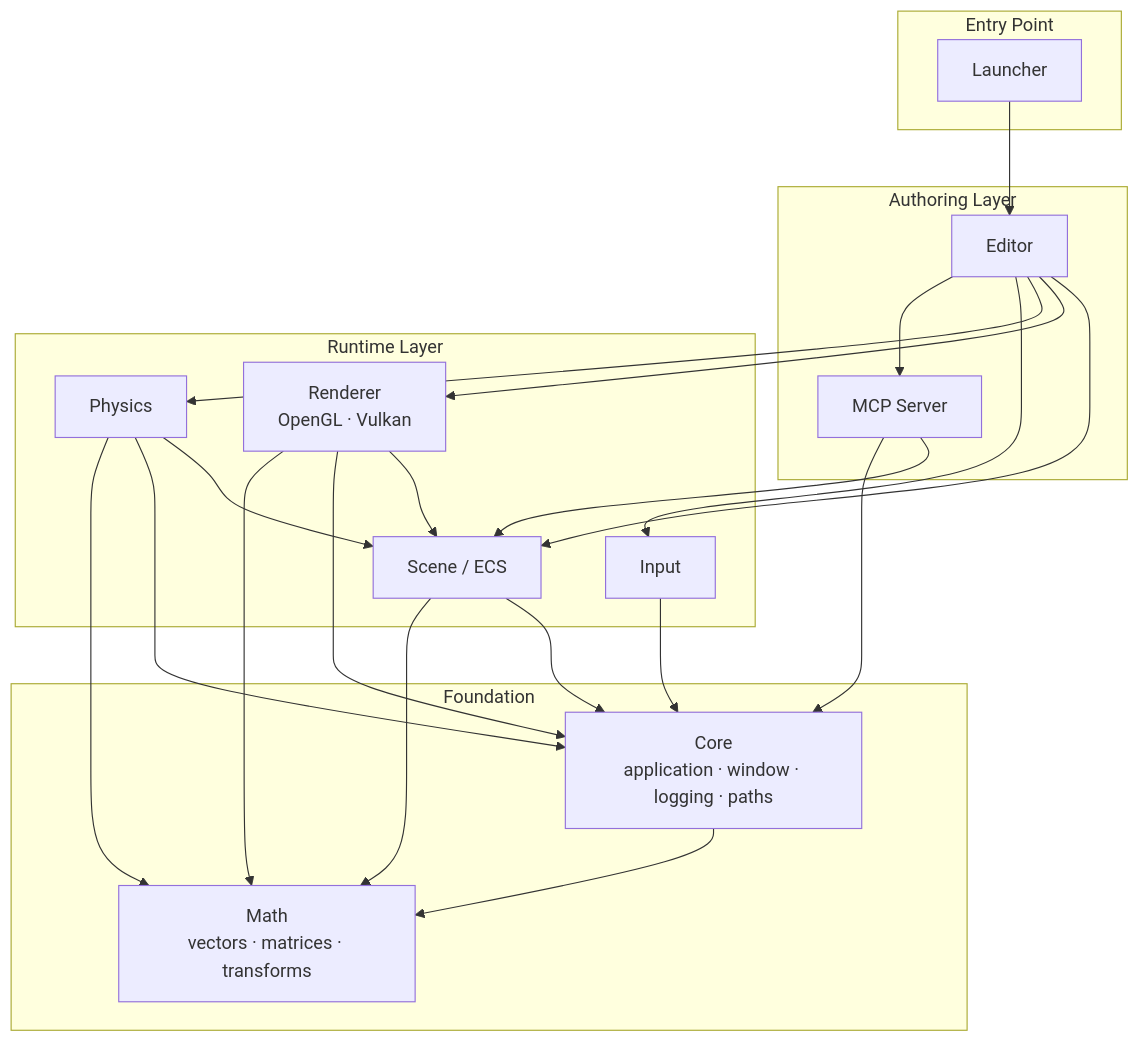
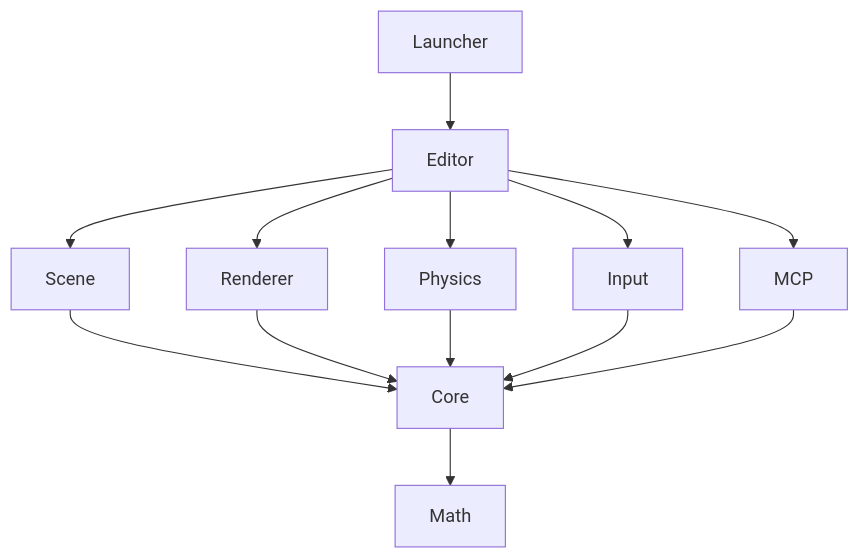
The diagram in README.md (abdullahbodur/horo-engine), drawn with Mermaid before and after one commit.

Commit message:
docs(readme): simplify architecture diagram

````diff
--- a/README.md
+++ b/README.md
@@ -71,32 +71,7 @@
 ```mermaid
 graph TD
-    subgraph Entry["Entry Point"]
-        Launcher
-    end
-
-    subgraph Authoring["Authoring Layer"]
-        Editor
-        MCP["MCP Server"]
-    end
-
-    subgraph Runtime["Runtime Layer"]
-        Scene["Scene / ECS"]
-        Renderer["Renderer\nOpenGL · Vulkan"]
-        Physics
-        Input
-    end
-
-    subgraph Foundation["Foundation"]
-        Core["Core\napplication · window · logging · paths"]
-        Math["Math\nvectors · matrices · transforms"]
-    end
-
     Launcher --> Editor
     Editor --> Scene & Renderer & Physics & Input & MCP
-    MCP --> Scene & Core
-    Renderer --> Scene & Core & Math
-    Physics --> Scene & Core & Math
-    Scene --> Core & Math
-    Input --> Core
+    Scene & Renderer & Physics & Input & MCP --> Core
     Core --> Math
 ```
````
